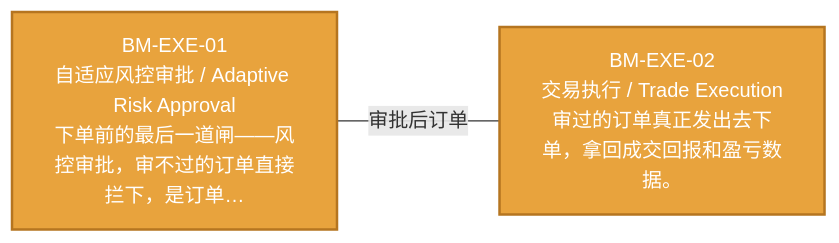
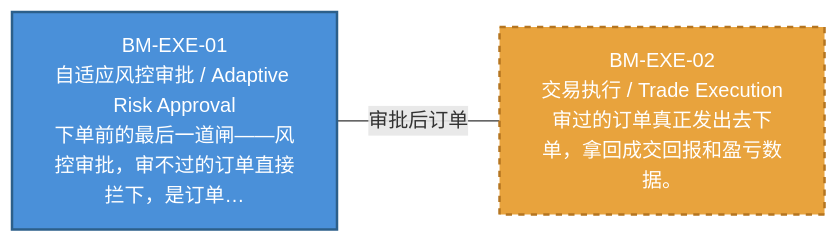
Before and after one commit to xuanFelixVan/ZephyrAlpha: the diagram in docs/02_enterprise_architecture/07_trading_decision_architecture/battle_map/battle_map_05_execution.md, drawn with Mermaid. The commit also changed other lines of this file and 9 other files, not shown here.

````diff
--- a/docs/02_enterprise_architecture/07_trading_decision_architecture/battle_map/battle_map_05_execution.md
+++ b/docs/02_enterprise_architecture/07_trading_decision_architecture/battle_map/battle_map_05_execution.md
@@ -15,11 +15,12 @@
 ```mermaid
 %% 执行阶段图
 flowchart LR
-    BM_EXE_01["BM-EXE-01\n自适应风控审批 / Adaptive Risk Approval\n下单前的最后一道闸——风控审批，审不过的订单直接拦下，是订单…"]:::design
+    BM_EXE_01["BM-EXE-01\n自适应风控审批 / Adaptive Risk Approval\n下单前的最后一道闸——风控审批，审不过的订单直接拦下，是订单…"]:::production
     BM_EXE_02["BM-EXE-02\n交易执行 / Trade Execution\n审过的订单真正发出去下单，拿回成交回报和盈亏数据。"]:::design
     BM_EXE_01 --- |审批后订单| BM_EXE_02
 classDef production fill:#4A90D9,stroke:#2C5F8A,color:#fff,stroke-width:2px;
-classDef design fill:#E8A33D,stroke:#B57520,color:#fff,stroke-width:2px;
-classDef deprecated fill:#999999,stroke:#666666,color:#fff,stroke-width:2px;
-classDef missing fill:#fff,stroke:#D93636,color:#D93636,stroke-width:3px;
+classDef design fill:#E8A33D,stroke:#B57520,color:#fff,stroke-width:2px,stroke-dasharray: 5 5;
+classDef deprecated fill:#D93636,stroke:#A02020,color:#fff,stroke-width:2px;
+classDef missing fill:#BBBBBB,stroke:#888888,color:#fff,stroke-width:2px;
+classDef candidate fill:#F4D03F,stroke:#B7950B,color:#000,stroke-width:2px;
 ```
````
